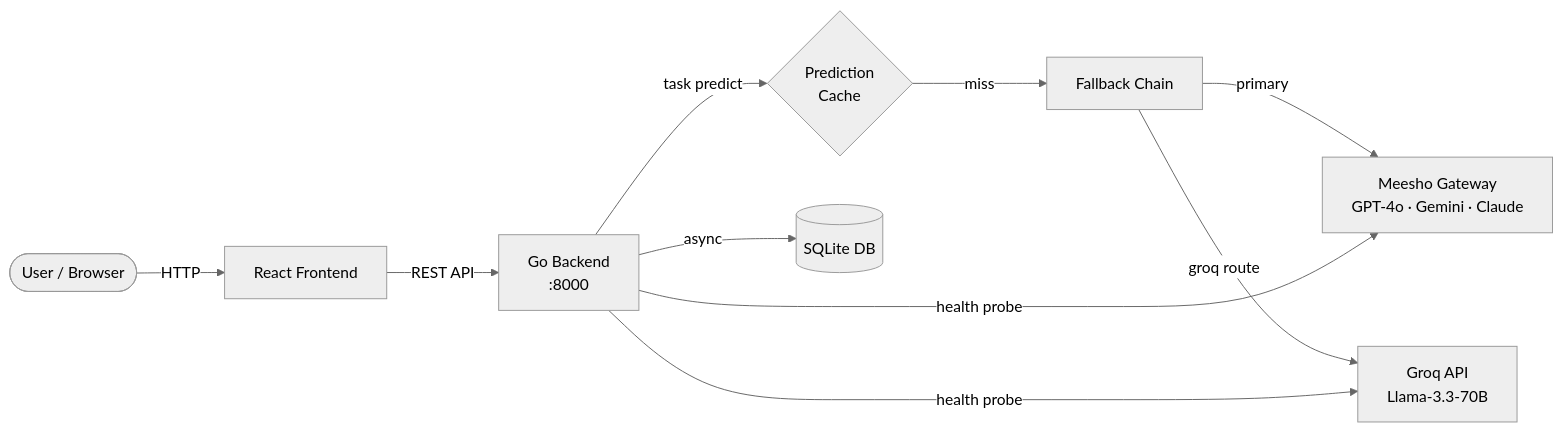
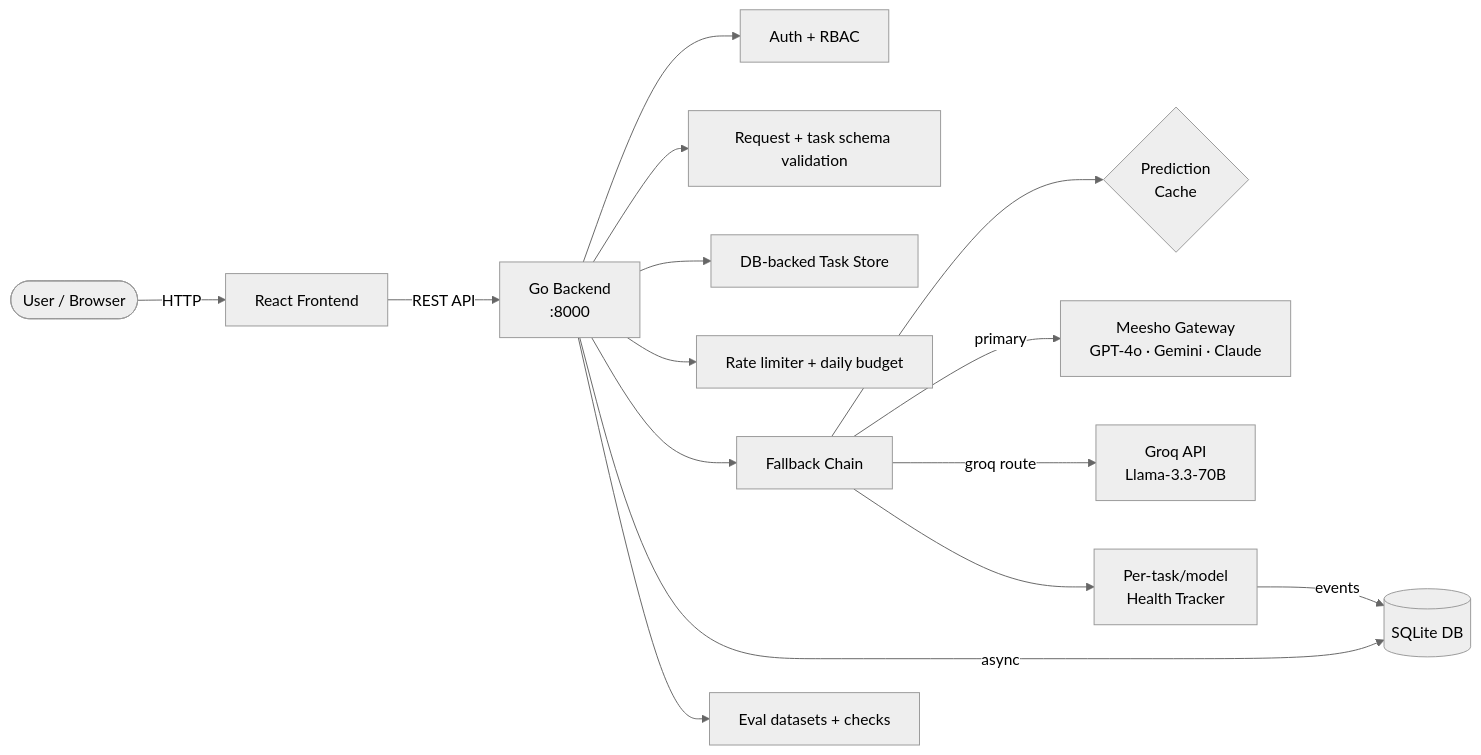
One commit to Anushka-meesho/llm_platform changed the diagram in llm_platform_go/docs/README.md. Above: the diagram before and after it, drawn with Mermaid (neutral theme). The commit also changed other lines of this file and 48 other files, not shown here.

Commit message:
feat: add task eval workflow

````diff
--- a/llm_platform_go/docs/README.md
+++ b/llm_platform_go/docs/README.md
@@ -9,12 +9,17 @@
 ```mermaid
 graph LR
     U([User / Browser]) -->|HTTP| F[React Frontend]
     F -->|REST API| G[Go Backend<br/>:8000]
-    G -->|task predict| PC{Prediction<br/>Cache}
-    PC -->|miss| FB[Fallback Chain]
+    G --> AUTH[Auth + RBAC]
+    G --> SCHEMA[Request + task schema validation]
+    G --> TASK[DB-backed Task Store]
+    G --> RATE[Rate limiter + daily budget]
+    G --> FB[Fallback Chain]
+    FB --> PC{Prediction<br/>Cache}
     FB -->|primary| ME[Meesho Gateway<br/>GPT-4o · Gemini · Claude]
     FB -->|groq route| GR[Groq API<br/>Llama-3.3-70B]
+    FB --> HEALTH[Per-task/model<br/>Health Tracker]
     G -->|async| DB[(SQLite DB)]
-    G -->|health probe| ME
-    G -->|health probe| GR
+    HEALTH -->|events| DB
+    G --> EVAL[Eval datasets + checks]
 ```
````
